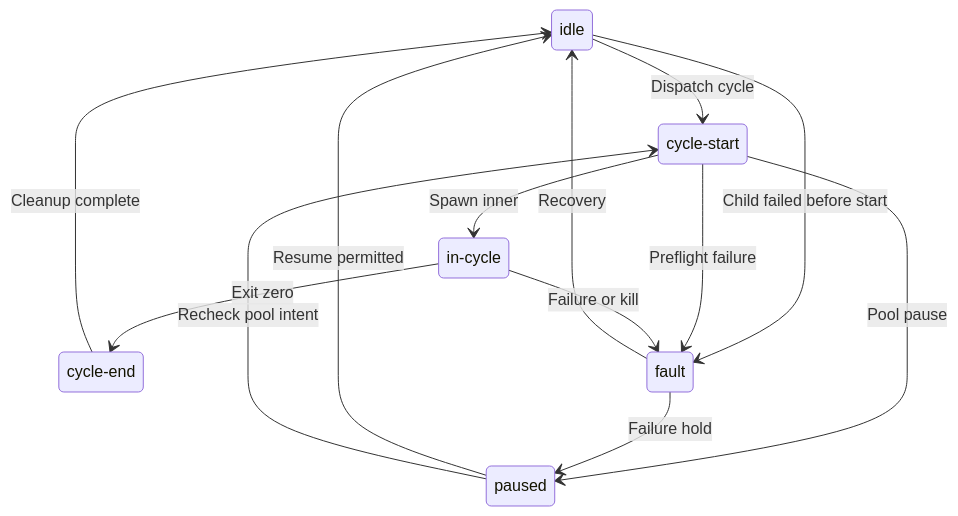
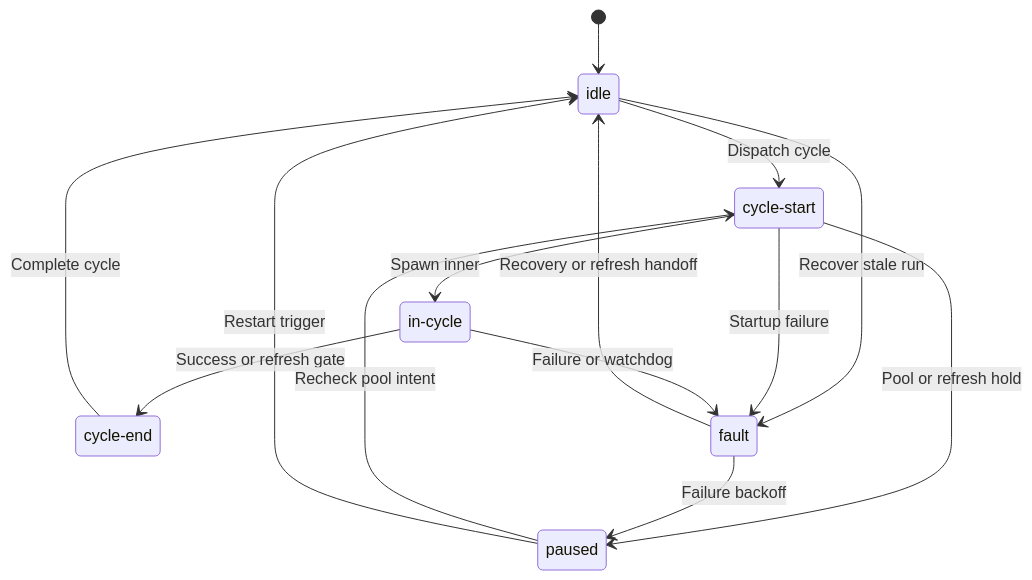
One commit to alissonsol/yuruna changed the first of 2 diagrams in docs/design/04-lifecycle-state.md. Above: the diagram before and after it, drawn with Mermaid. The commit also changed other lines of this file and 1383 other files, not shown here.

````diff
--- a/docs/design/04-lifecycle-state.md
+++ b/docs/design/04-lifecycle-state.md
@@ -9,21 +7,22 @@
 ```mermaid
 stateDiagram-v2
     state "idle" as idle
-    state "cycle-start" as start
-    state "in-cycle" as cycle
-    state "cycle-end" as finish
+    state "cycle-start" as cycle_start
+    state "in-cycle" as in_cycle
+    state "cycle-end" as cycle_end
     state "fault" as fault
     state "paused" as paused
-    idle --> start: Dispatch cycle
-    idle --> fault: Child failed before start
-    start --> cycle: Spawn inner
-    start --> fault: Preflight failure
-    start --> paused: Pool pause
-    cycle --> finish: Exit zero
-    cycle --> fault: Failure or kill
-    finish --> idle: Cleanup complete
-    fault --> paused: Failure hold
-    fault --> idle: Recovery
-    paused --> idle: Resume permitted
-    paused --> start: Recheck pool intent
+    [*] --> idle
+    idle --> cycle_start: Dispatch cycle
+    idle --> fault: Recover stale run
+    cycle_start --> in_cycle: Spawn inner
+    cycle_start --> paused: Pool or refresh hold
+    cycle_start --> fault: Startup failure
+    in_cycle --> cycle_end: Success or refresh gate
+    in_cycle --> fault: Failure or watchdog
+    cycle_end --> idle: Complete cycle
+    fault --> paused: Failure backoff
+    fault --> idle: Recovery or refresh handoff
+    paused --> cycle_start: Recheck pool intent
+    paused --> idle: Restart trigger
 ```
````
